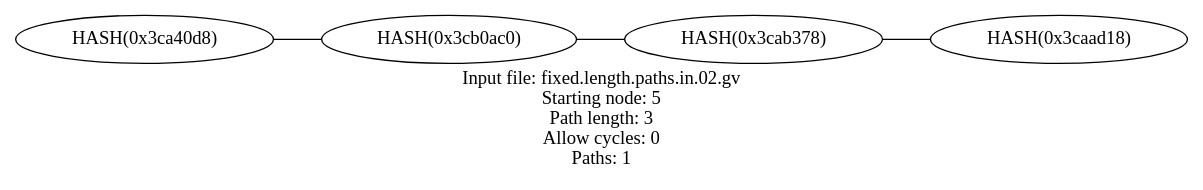
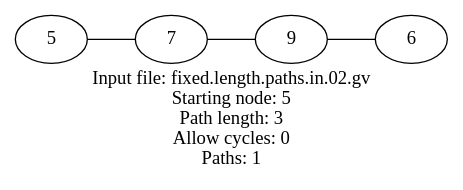
One commit to graphviz-perl/GraphViz2-Marpa-PathUtils changed the diagram in out/fixed.length.paths.out.02.gv. Above: the diagram before and after it, drawn with Graphviz. The commit also changed 6 other files, not shown here.

```diff
--- a/out/fixed.length.paths.out.02.gv
+++ b/out/fixed.length.paths.out.02.gv
@@ -1,11 +1,11 @@
 graph fixed_length_paths
 {
 	label = "Input file: fixed.length.paths.in.02.gv\nStarting node: 5\nPath length: 3\nAllow cycles: 0\nPaths: 1" rankdir = LR
 
-	"5" [label = "HASH(0x3ca40d8)"]
-	"7" [label = "HASH(0x3cb0ac0)"]
-	"9" [label = "HASH(0x3cab378)"]
-	"6" [label = "HASH(0x3caad18)"]
+	"1" [label = "5"]
+	"2" [label = "7"]
+	"3" [label = "9"]
+	"4" [label = "6"]
 
-	"5"  --  "7"  --  "9"  --  "6"
+	"1"  --  "2"  --  "3"  --  "4"
 }
```
